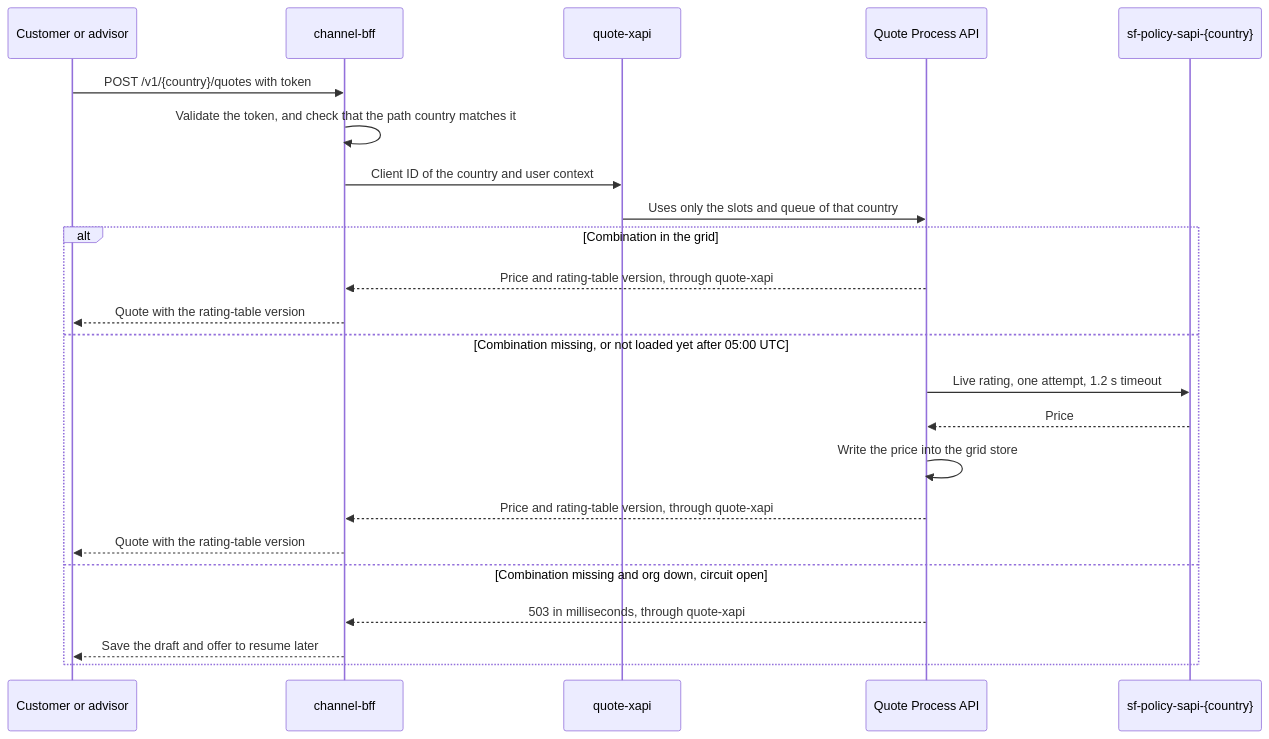
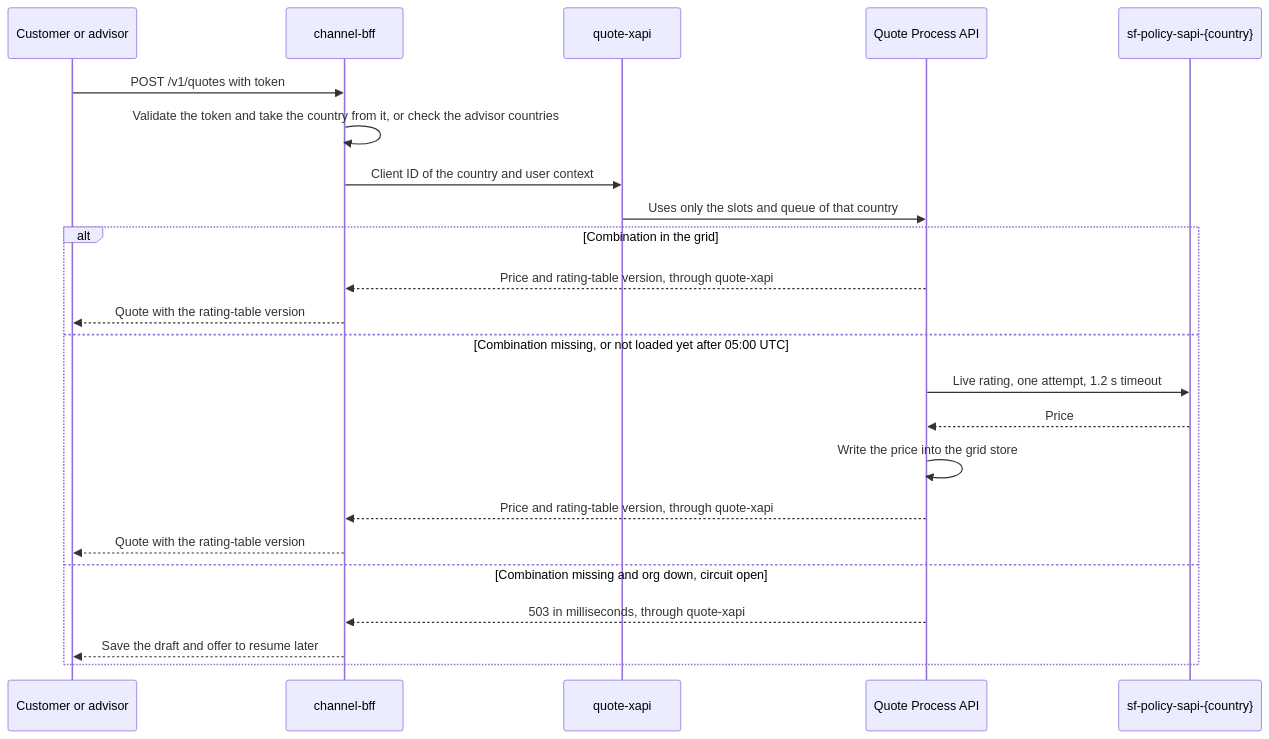
The third of 3 diagrams in docs/architecture/ARCHITECTURE.md (samsagz/meridian-tech-lead-assessment), drawn with Mermaid before and after one commit. The commit also changed other lines of this file and 2 other files, not shown here.

````diff
--- a/docs/architecture/ARCHITECTURE.md
+++ b/docs/architecture/ARCHITECTURE.md
@@ -119,25 +119,25 @@
 ```mermaid
 sequenceDiagram
   participant C as Customer or advisor
   participant B as channel-bff
   participant X as quote-xapi
   participant P as Quote Process API
   participant S as sf-policy-sapi-{country}
-  C->>B: POST /v1/{country}/quotes with token
-  B->>B: Validate the token, and check that the path country matches it
+  C->>B: POST /v1/quotes with token
+  B->>B: Validate the token and take the country from it, or check the advisor countries
   B->>X: Client ID of the country and user context
   X->>P: Uses only the slots and queue of that country
   alt Combination in the grid
     P-->>B: Price and rating-table version, through quote-xapi
     B-->>C: Quote with the rating-table version
   else Combination missing, or not loaded yet after 05:00 UTC
     P->>S: Live rating, one attempt, 1.2 s timeout
     S-->>P: Price
     P->>P: Write the price into the grid store
     P-->>B: Price and rating-table version, through quote-xapi
     B-->>C: Quote with the rating-table version
   else Combination missing and org down, circuit open
     P-->>B: 503 in milliseconds, through quote-xapi
     B-->>C: Save the draft and offer to resume later
   end
 ```
````
